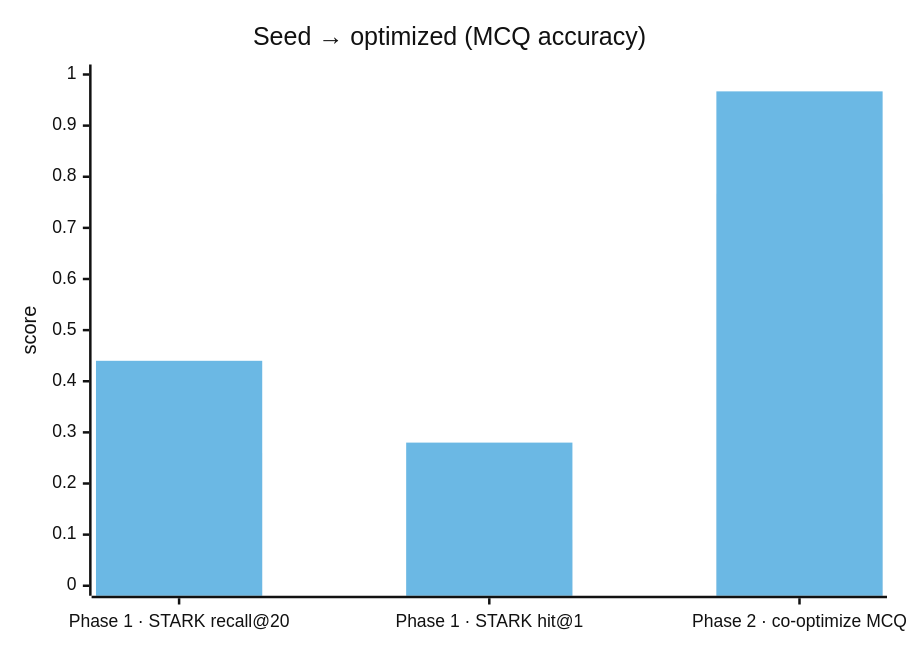
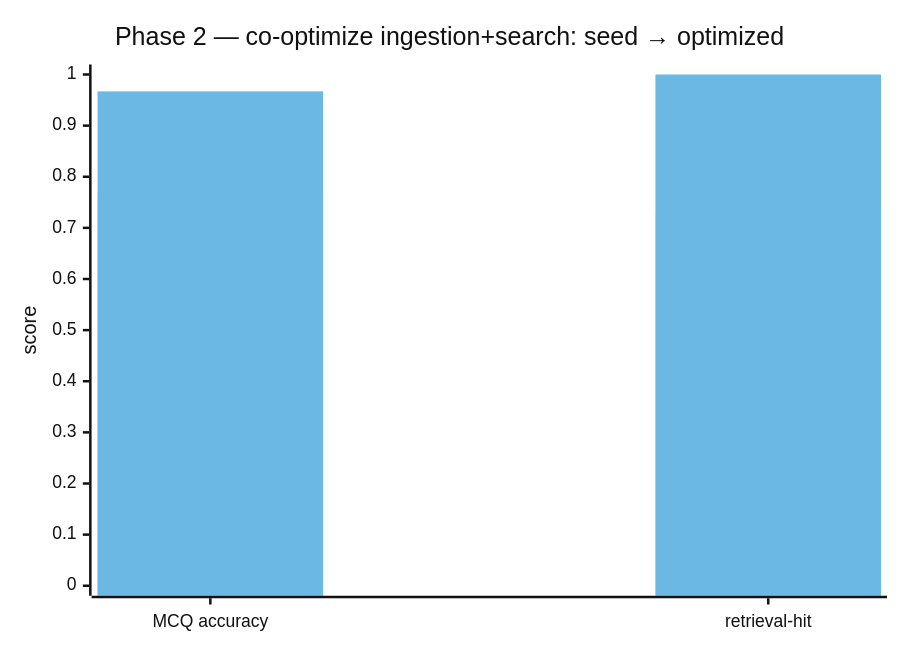
The fourth of 5 diagrams in README.md (timbtz/RL-on-codefunction-in-a-GraphRAG), drawn with Mermaid (neutral theme) before and after one commit. The commit also changed other lines of this file, not shown here.

First line of the commit message:
docs(readme): STARK-Prime leaderboard comparison + de-conflate the results charts

````diff
--- a/README.md
+++ b/README.md
@@ -186,8 +188,8 @@
 ```mermaid
 xychart-beta
-    title "Seed → optimized (MCQ accuracy)"
-    x-axis ["Phase 1 · STARK recall@20", "Phase 1 · STARK hit@1", "Phase 2 · co-optimize MCQ"]
+    title "Phase 2 — co-optimize ingestion+search: seed → optimized"
+    x-axis ["MCQ accuracy", "retrieval-hit"]
     y-axis "score" 0 --> 1
-    bar [0.26, 0.09, 0.767]
-    bar [0.44, 0.28, 0.967]
+    bar [0.767, 0.733]
+    bar [0.967, 1.000]
 ```
````
